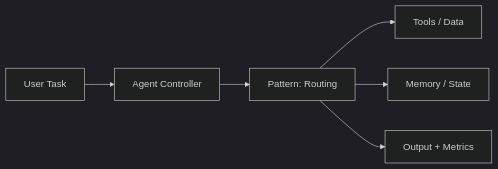
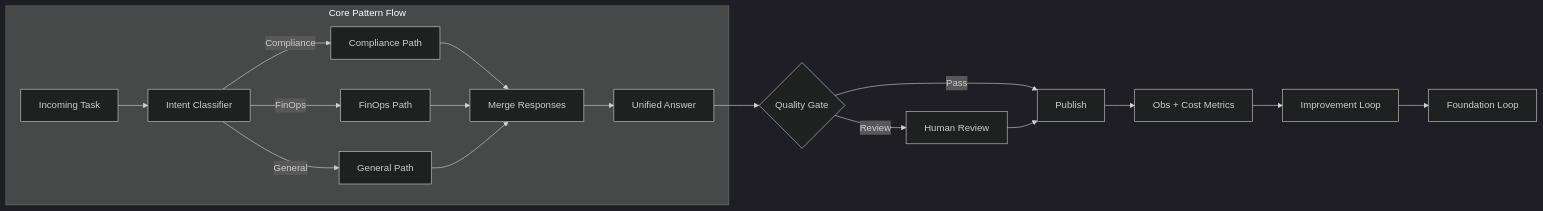
One commit to vivekreeves/agentic-design-patterns-lab changed the diagram in notebooks/level_01_agent_foundations/02_routing_architecture.md. Above: the diagram before and after it, drawn with Mermaid (dark theme). The commit also changed 71 other files, not shown here.

````diff
--- a/notebooks/level_01_agent_foundations/02_routing_architecture.md
+++ b/notebooks/level_01_agent_foundations/02_routing_architecture.md
@@ -5,8 +5,20 @@
 ```mermaid
 flowchart LR
-  Q[User Task] --> A[Agent Controller]
-  A --> P[Pattern: Routing]
-  P --> T[Tools / Data]
-  P --> M[Memory / State]
-  P --> O[Output + Metrics]
+  subgraph CoreFlow[Core Pattern Flow]
+    Q[Incoming Task] --> I[Intent Classifier]
+    I -->|Compliance| A[Compliance Path]
+    I -->|FinOps| B[FinOps Path]
+    I -->|General| C[General Path]
+    A --> M[Merge Responses]
+    B --> M
+    C --> M
+    M --> O[Unified Answer]
+  end
+  O --> QG{Quality Gate}
+  QG -->|Pass| PUB[Publish]
+  QG -->|Review| HREV[Human Review]
+  HREV --> PUB
+  PUB --> OBS[Obs + Cost Metrics]
+  OBS --> LOOP[Improvement Loop]
+  LOOP --> L1[Foundation Loop]
 ```
````
